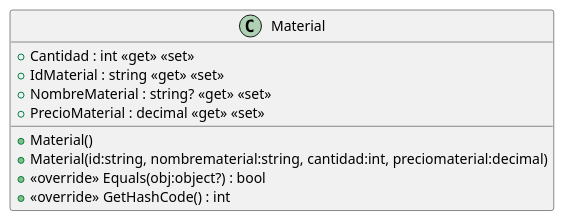
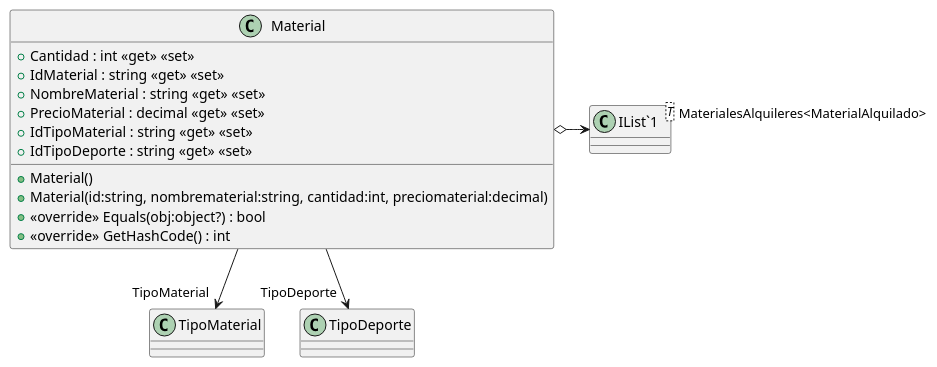
Before and after one commit to ISII2627LosIngenieros/ISII2627LosIngenieros: the diagram in src/AppForSEII.API/ClassDiagram/Material.puml, drawn with PlantUML. The commit also changed 17 other files, not shown here.

```diff
--- a/src/AppForSEII.API/ClassDiagram/Material.puml
+++ b/src/AppForSEII.API/ClassDiagram/Material.puml
@@ -1,12 +1,19 @@
 @startuml
 class Material {
     + Material()
     + Material(id:string, nombrematerial:string, cantidad:int, preciomaterial:decimal)
     + Cantidad : int <<get>> <<set>>
     + IdMaterial : string <<get>> <<set>>
-    + NombreMaterial : string? <<get>> <<set>>
+    + NombreMaterial : string <<get>> <<set>>
     + PrecioMaterial : decimal <<get>> <<set>>
+    + IdTipoMaterial : string <<get>> <<set>>
+    + IdTipoDeporte : string <<get>> <<set>>
     + <<override>> Equals(obj:object?) : bool
     + <<override>> GetHashCode() : int
 }
+class "IList`1"<T> {
+}
+Material o-> "MaterialesAlquileres<MaterialAlquilado>" "IList`1"
+Material --> "TipoMaterial" TipoMaterial
+Material --> "TipoDeporte" TipoDeporte
 @enduml
```
